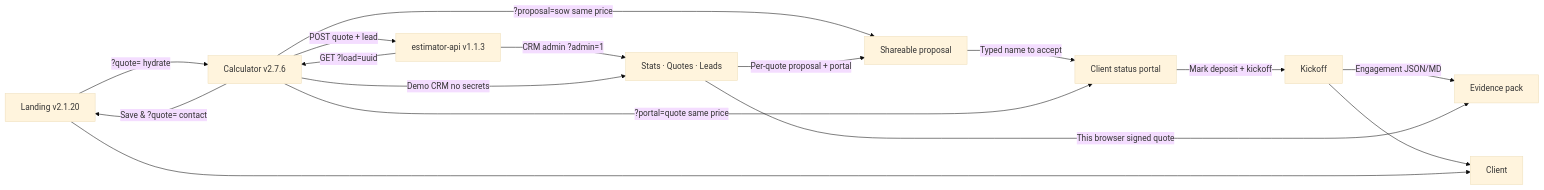
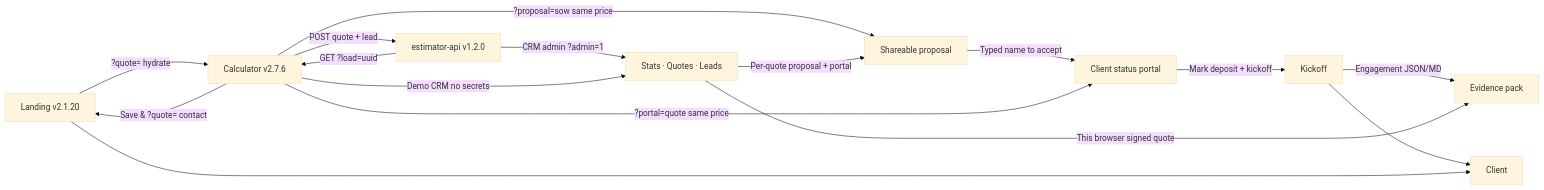
One commit to pixellayer7-jpg/pixellayer7-jpg changed the diagram in README.md. Above: the diagram before and after it, drawn with Mermaid (base theme). The commit also changed other lines of this file and 4 other files, not shown here.

````diff
--- a/README.md
+++ b/README.md
@@ -21,18 +21,18 @@
 ```mermaid
 flowchart LR
   A[Landing v2.1.20] -->|?quote= hydrate| B[Calculator v2.7.6]
   B -->|Save & ?quote= contact| A
   B -->|?proposal=sow same price| R[Shareable proposal]
   R -->|Typed name to accept| P[Client status portal]
   P -->|Mark deposit + kickoff| K[Kickoff]
   K -->|Engagement JSON/MD| X[Evidence pack]
   B -->|?portal=quote same price| P
-  B -->|POST quote + lead| D[estimator-api v1.1.3]
+  B -->|POST quote + lead| D[estimator-api v1.2.0]
   D -->|CRM admin ?admin=1| E[Stats · Quotes · Leads]
   B -->|Demo CRM no secrets| E
   E -->|This browser signed quote| X
   E -->|Per-quote proposal + portal| R
   K --> F[Client]
   D -->|GET ?load=uuid| B
   A --> F[Client]
 ```
````
